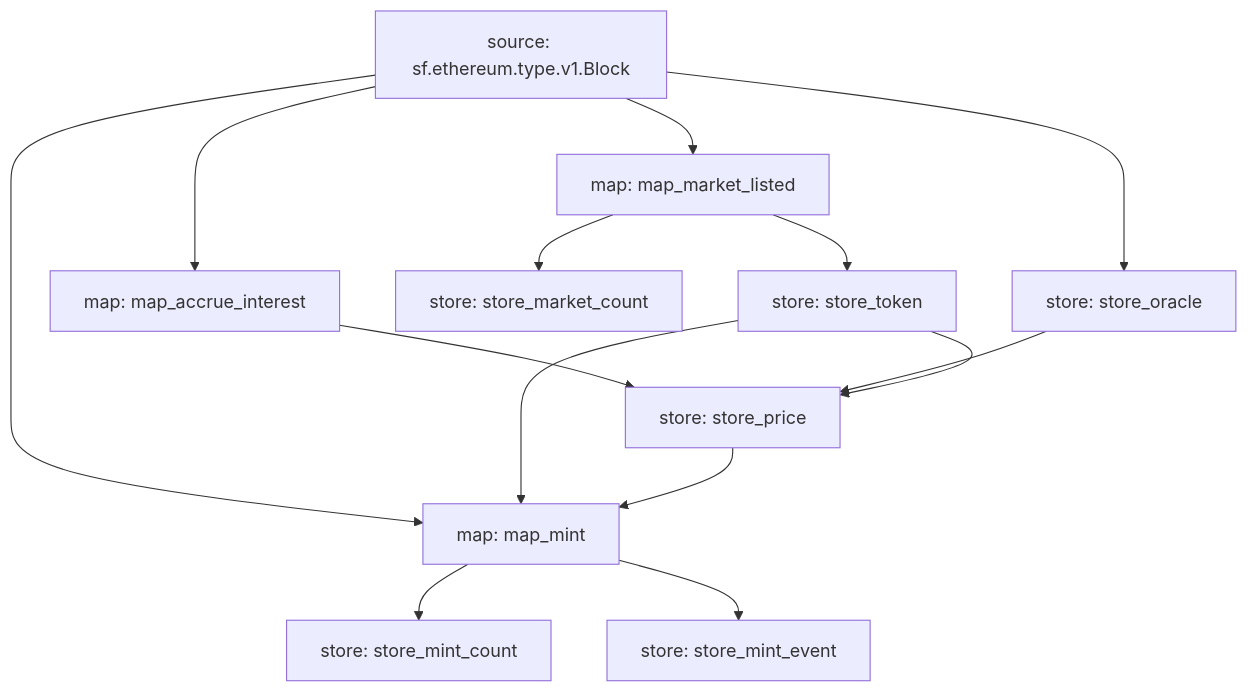
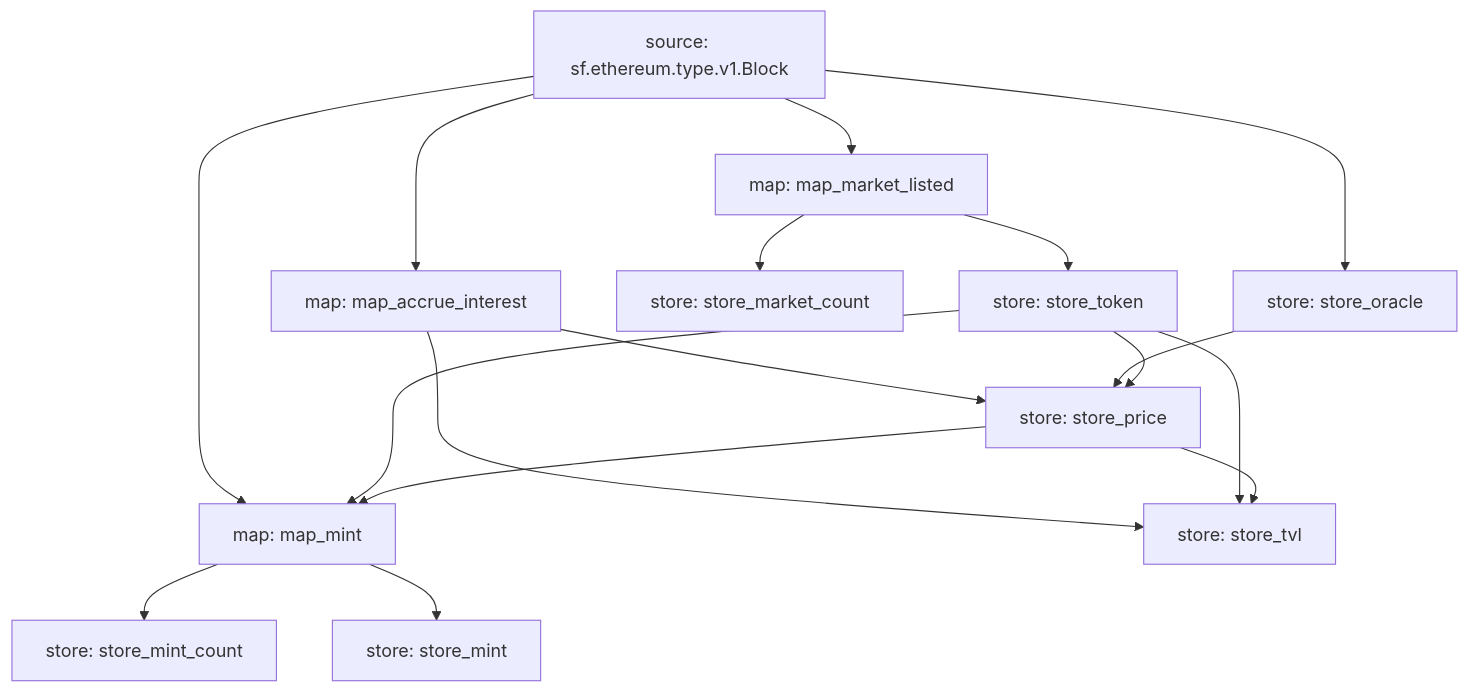
One commit to 0xbe1/compoundv2-substreams changed the diagram in README.md. Above: the diagram before and after it, drawn with Mermaid.

Commit message:
update graph

````diff
--- a/README.md
+++ b/README.md
@@ -7,25 +7,29 @@
 ```mermaid
 graph TD;
   map_accrue_interest[map: map_accrue_interest]
   sf.ethereum.type.v1.Block[source: sf.ethereum.type.v1.Block] --> map_accrue_interest
   map_mint[map: map_mint]
   sf.ethereum.type.v1.Block[source: sf.ethereum.type.v1.Block] --> map_mint
   store_token --> map_mint
   store_price --> map_mint
   map_market_listed[map: map_market_listed]
   sf.ethereum.type.v1.Block[source: sf.ethereum.type.v1.Block] --> map_market_listed
   store_token[store: store_token]
   map_market_listed --> store_token
   store_market_count[store: store_market_count]
   map_market_listed --> store_market_count
   store_mint_count[store: store_mint_count]
   map_mint --> store_mint_count
   store_oracle[store: store_oracle]
   sf.ethereum.type.v1.Block[source: sf.ethereum.type.v1.Block] --> store_oracle
   store_price[store: store_price]
   map_accrue_interest --> store_price
   store_oracle --> store_price
   store_token --> store_price
-  store_mint_event[store: store_mint_event]
-  map_mint --> store_mint_event
+  store_tvl[store: store_tvl]
+  map_accrue_interest --> store_tvl
+  store_token --> store_tvl
+  store_price --> store_tvl
+  store_mint[store: store_mint]
+  map_mint --> store_mint
 ```
````
